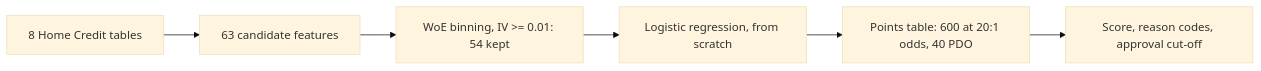
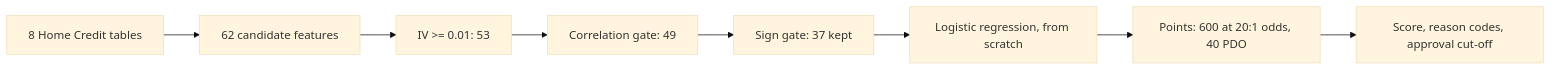
One commit to alvenyuka/Credit-Risk-Scorecard changed the diagram in README.md. Above: the diagram before and after it, drawn with Mermaid (base theme). The commit also changed other lines of this file and 9 other files, not shown here.

````diff
--- a/README.md
+++ b/README.md
@@ -59,8 +62,10 @@
 ```mermaid
 flowchart LR
-    A[8 Home Credit tables] --> B[63 candidate features]
-    B --> C[WoE binning, IV >= 0.01: 54 kept]
-    C --> D[Logistic regression, from scratch]
-    D --> E[Points table: 600 at 20:1 odds, 40 PDO]
-    E --> F[Score, reason codes, approval cut-off]
+    A[8 Home Credit tables] --> B[62 candidate features]
+    B --> C[IV >= 0.01: 53]
+    C --> D[Correlation gate: 49]
+    D --> E[Sign gate: 37 kept]
+    E --> F[Logistic regression, from scratch]
+    F --> G[Points: 600 at 20:1 odds, 40 PDO]
+    G --> H[Score, reason codes, approval cut-off]
 ```
````
